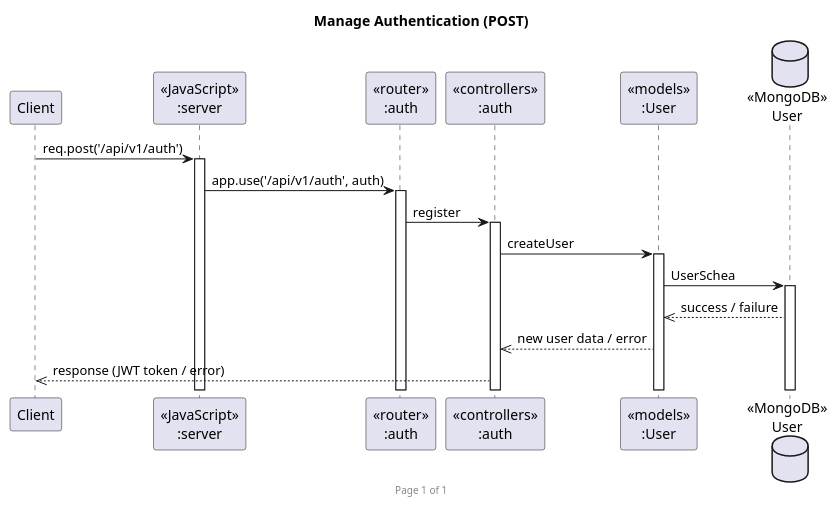
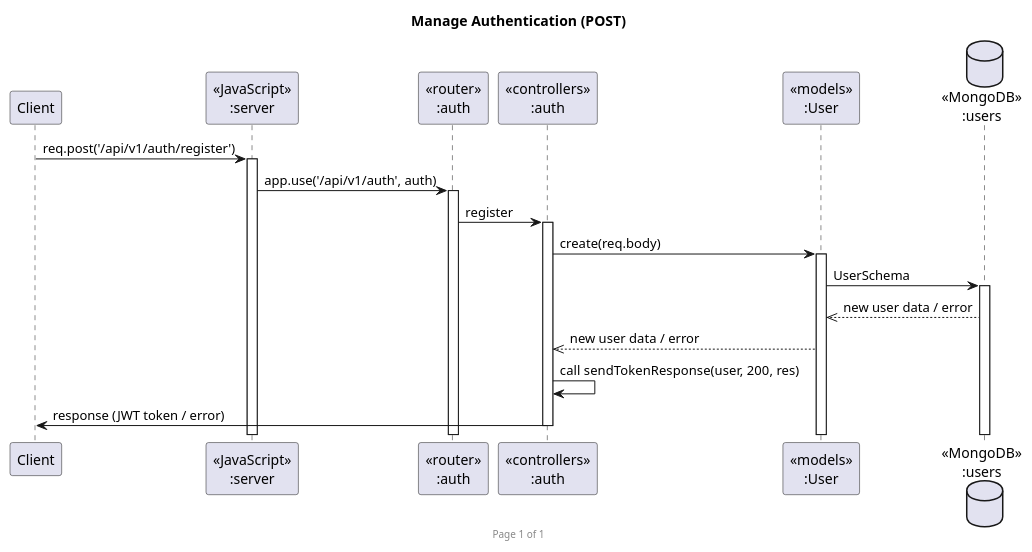
One commit to 2110503-2564/se-project-backend-10_brain-not-found changed the diagram in UML/UML_Auth/register.puml. Above: the diagram before and after it, drawn with PlantUML. The commit also changed 3 other files, not shown here.

```diff
--- a/UML/UML_Auth/register.puml
+++ b/UML/UML_Auth/register.puml
@@ -1,22 +1,24 @@
 @startuml Manage Authentication (POST)
 
 footer Page %page% of %lastpage%
 title "Manage Authentication (POST)"
 
 participant "Client" as client
 participant "<<JavaScript>>\n:server" as server
 participant "<<router>>\n:auth" as routerAuth
 participant "<<controllers>>\n:auth" as controllersAuth
-participant "<<models>>\n:User" as User
-database "<<MongoDB>>\nUser" as MongoDB
+participant "<<models>>\n:User" as modelUser
+database "<<MongoDB>>\n:users" as UsersDatabase
 
-client -> server ++ : req.post('/api/v1/auth')
+client -> server ++ : req.post('/api/v1/auth/register')
 server -> routerAuth ++ : app.use('/api/v1/auth', auth)
 routerAuth -> controllersAuth ++ : register
-controllersAuth -> User ++ : createUser
-User -> MongoDB ++ : UserSchea
-MongoDB -->> User : success / failure
-User -->> controllersAuth : new user data / error
-controllersAuth -->> client : response (JWT token / error)
+controllersAuth -> modelUser ++ : create(req.body)
+modelUser -> UsersDatabase ++ : UserSchema
+
+UsersDatabase -->> modelUser : new user data / error
+modelUser -->> controllersAuth : new user data / error
+controllersAuth -> controllersAuth : call sendTokenResponse(user, 200, res)
+controllersAuth -> client -- : response (JWT token / error)
 
 @enduml
```
